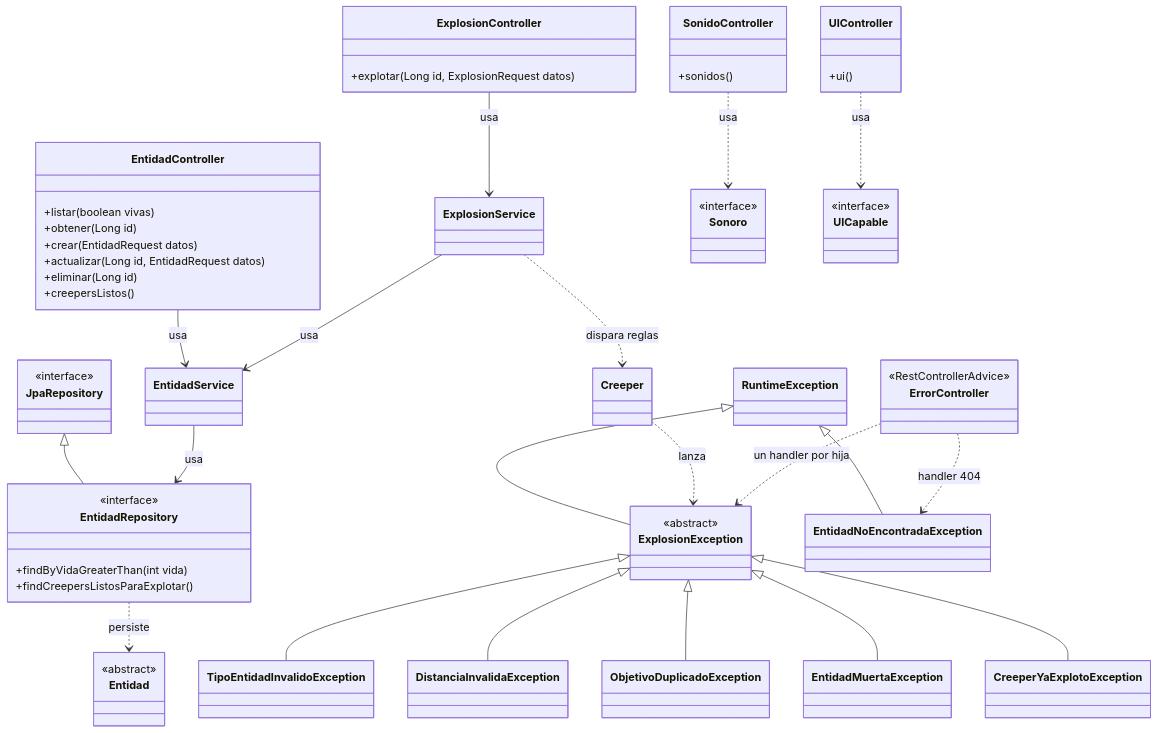
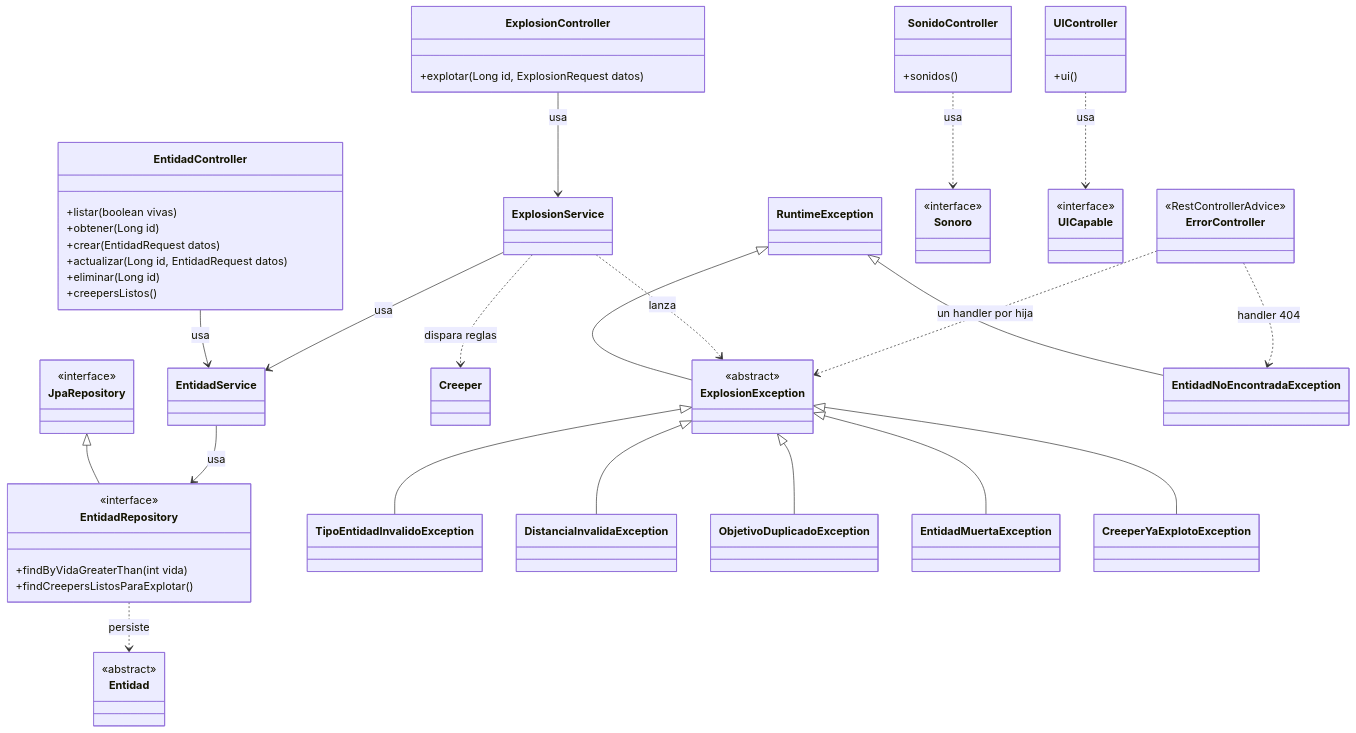
The second of 2 diagrams in README.md (MatRF04/mr-taller-git-2026), drawn with Mermaid before and after one commit. The commit also changed other lines of this file and 3 other files, not shown here.

````diff
--- a/README.md
+++ b/README.md
@@ -382,75 +361,75 @@
 ```mermaid
 classDiagram
     class EntidadController {
         +listar(boolean vivas)
         +obtener(Long id)
         +crear(EntidadRequest datos)
         +actualizar(Long id, EntidadRequest datos)
         +eliminar(Long id)
         +creepersListos()
     }
     class ExplosionController {
         +explotar(Long id, ExplosionRequest datos)
     }
     class SonidoController {
         +sonidos()
     }
     class UIController {
         +ui()
     }
     class ErrorController {
         <<RestControllerAdvice>>
     }
     class EntidadService
     class ExplosionService
     class EntidadRepository {
         <<interface>>
         +findByVidaGreaterThan(int vida)
         +findCreepersListosParaExplotar()
     }
     class JpaRepository {
         <<interface>>
     }
     class Entidad {
         <<abstract>>
     }
     class Creeper
     class Sonoro {
         <<interface>>
     }
     class UICapable {
         <<interface>>
     }
 
     class RuntimeException
     class ExplosionException {
         <<abstract>>
     }
     class TipoEntidadInvalidoException
     class DistanciaInvalidaException
     class ObjetivoDuplicadoException
     class EntidadMuertaException
     class CreeperYaExplotoException
     class EntidadNoEncontradaException
 
     JpaRepository <|-- EntidadRepository
     EntidadController --> EntidadService : usa
     ExplosionController --> ExplosionService : usa
     ExplosionService --> EntidadService : usa
     EntidadService --> EntidadRepository : usa
     EntidadRepository ..> Entidad : persiste
     ExplosionService ..> Creeper : dispara reglas
     SonidoController ..> Sonoro : usa
     UIController ..> UICapable : usa
 
     RuntimeException <|-- ExplosionException
     ExplosionException <|-- TipoEntidadInvalidoException
     ExplosionException <|-- DistanciaInvalidaException
     ExplosionException <|-- ObjetivoDuplicadoException
     ExplosionException <|-- EntidadMuertaException
     ExplosionException <|-- CreeperYaExplotoException
     RuntimeException <|-- EntidadNoEncontradaException
-    Creeper ..> ExplosionException : lanza
+    ExplosionService ..> ExplosionException : lanza
     ErrorController ..> ExplosionException : un handler por hija
     ErrorController ..> EntidadNoEncontradaException : handler 404
 ```
````
